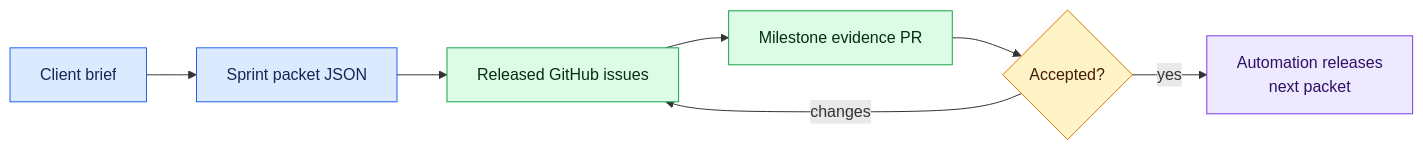
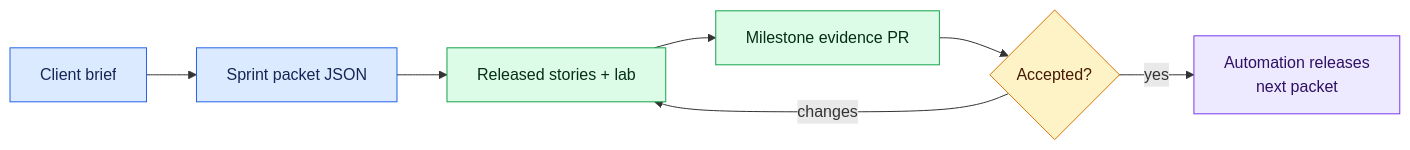
Before and after one commit to saliftankoano/pierre-build-program: the diagram in agency/README.md, drawn with Mermaid. The commit also changed other lines of this file and 253 other files, not shown here.

````diff
--- a/agency/README.md
+++ b/agency/README.md
@@ -5,18 +5,18 @@
 ```mermaid
 flowchart LR
     BRIEF["Client brief"] --> PACKET["Sprint packet JSON"]
-    PACKET --> ISSUE["Released GitHub issues"]
+    PACKET --> ISSUE["Released stories + lab"]
     ISSUE --> PR["Milestone evidence PR"]
     PR --> REVIEW{"Accepted?"}
     REVIEW -->|"changes"| ISSUE
     REVIEW -->|"yes"| NEXT["Automation releases<br/>next packet"]
 
     classDef context fill:#dbeafe,stroke:#2563eb,color:#172554;
     classDef work fill:#dcfce7,stroke:#16a34a,color:#052e16;
     classDef decision fill:#fef3c7,stroke:#d97706,color:#451a03;
     classDef delivery fill:#ede9fe,stroke:#7c3aed,color:#2e1065;
     class BRIEF,PACKET context;
     class ISSUE,PR work;
     class REVIEW decision;
     class NEXT delivery;
 ```
````
